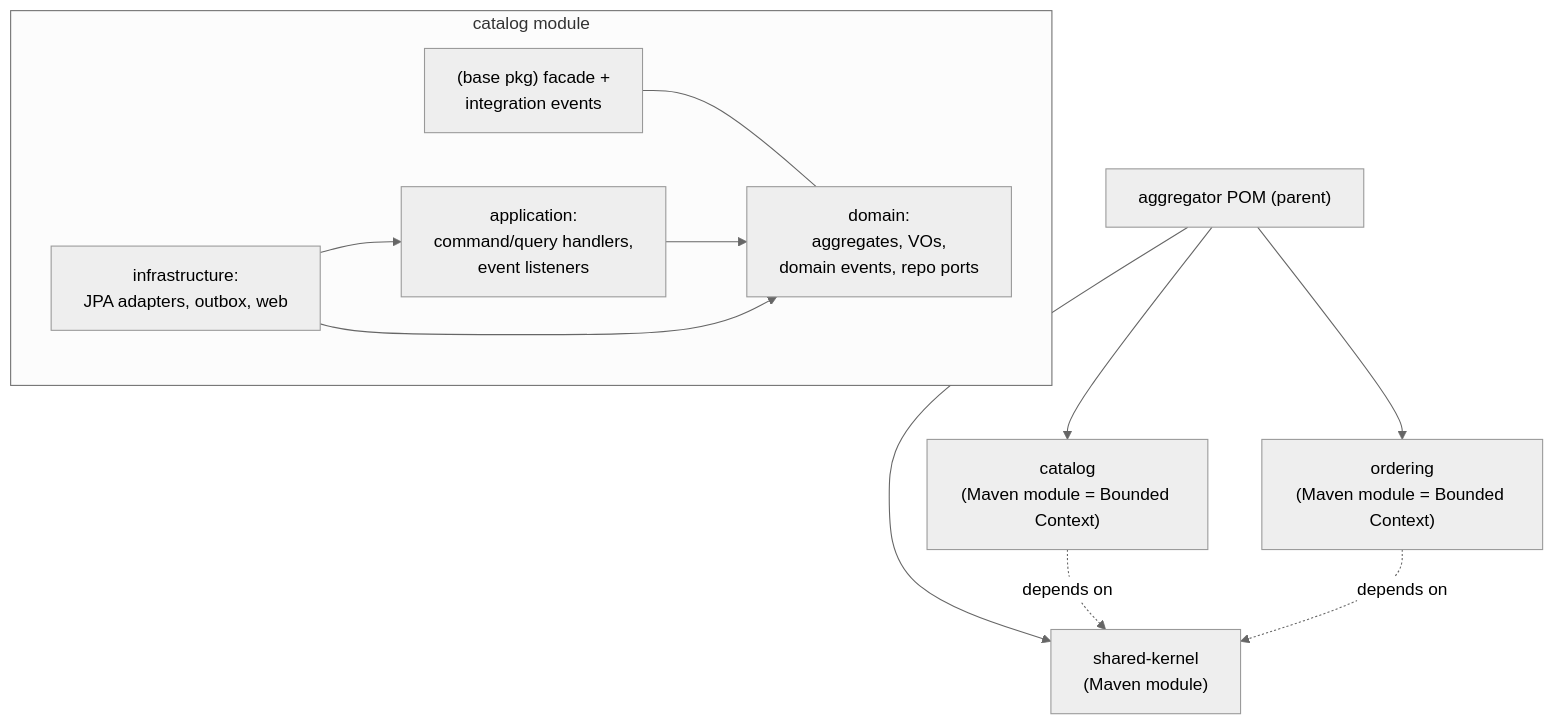
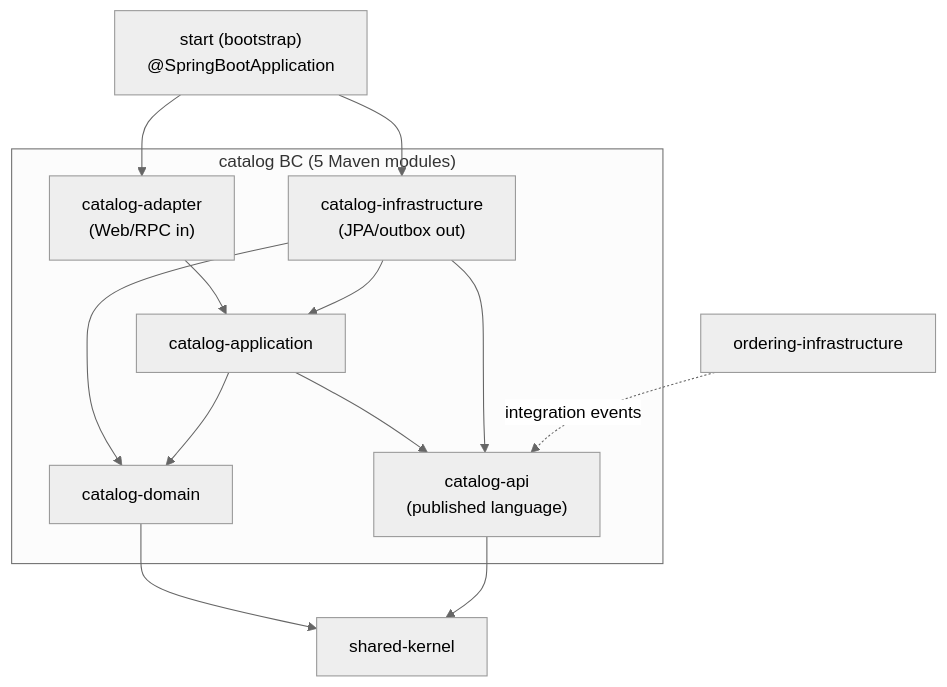
One commit to ryan-alexander-zhang/ai-native-project-template changed the first of 3 diagrams in docs/design/design-00001-java-ddd-template-architecture.md. Above: the diagram before and after it, drawn with Mermaid (neutral theme). The commit also changed other lines of this file, not shown here.

First line of the commit message:
docs(design): B2 layout — five Maven modules per context + start; resolve Q8

````diff
--- a/docs/design/design-00001-java-ddd-template-architecture.md
+++ b/docs/design/design-00001-java-ddd-template-architecture.md
@@ -140,21 +146,24 @@
 ```mermaid
 graph TD
-  App["aggregator POM (parent)"]
-  App --> Shared["shared-kernel\n(Maven module)"]
-  App --> M1["catalog\n(Maven module = Bounded Context)"]
-  App --> M2["ordering\n(Maven module = Bounded Context)"]
+  Start["start (bootstrap)\n@SpringBootApplication"]
+  Start --> C_ad
+  Start --> C_in
 
-  subgraph catalog [catalog module]
-    C_api["(base pkg) facade +\nintegration events"]
-    C_dom["domain:\naggregates, VOs,\ndomain events, repo ports"]
-    C_app["application:\ncommand/query handlers,\nevent listeners"]
-    C_inf["infrastructure:\nJPA adapters, outbox, web"]
+  subgraph catalog ["catalog BC (5 Maven modules)"]
+    C_ad["catalog-adapter\n(Web/RPC in)"]
+    C_in["catalog-infrastructure\n(JPA/outbox out)"]
+    C_app["catalog-application"]
+    C_dom["catalog-domain"]
+    C_api["catalog-api\n(published language)"]
   end
 
-  C_api --- C_dom
+  C_ad --> C_app
+  C_in --> C_app
+  C_in --> C_dom
   C_app --> C_dom
-  C_inf --> C_app
-  C_inf --> C_dom
-  M1 -. depends on .-> Shared
-  M2 -. depends on .-> Shared
+  C_app --> C_api
+  C_in --> C_api
+  C_dom --> SK["shared-kernel"]
+  C_api --> SK
+  O_in["ordering-infrastructure"] -. integration events .-> C_api
 ```
````
